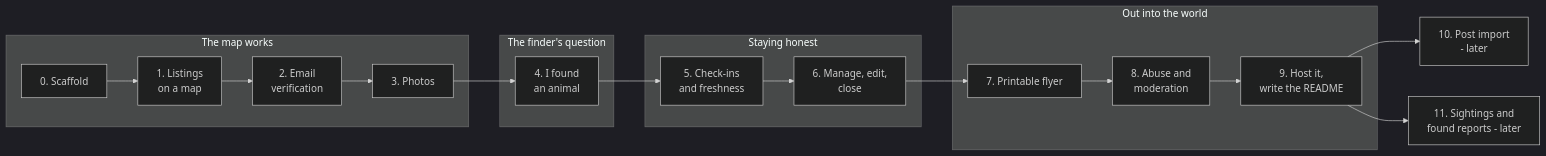
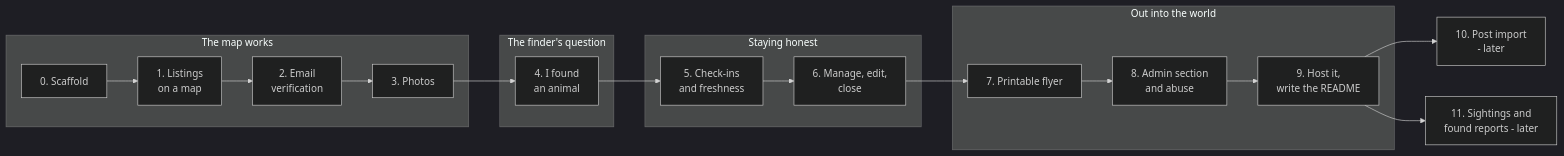
Before and after one commit to MoAbboud/PortFolio: the diagram in roamer/requirements/00-plan.md, drawn with Mermaid (dark theme). The commit also changed other lines of this file and 6 other files, not shown here.

````diff
--- a/roamer/requirements/00-plan.md
+++ b/roamer/requirements/00-plan.md
@@ -25,22 +35,22 @@
 ```mermaid
 flowchart LR
     subgraph A[The map works]
         S0[0. Scaffold] --> S1[1. Listings<br/>on a map]
         S1 --> S2[2. Email<br/>verification]
         S2 --> S3[3. Photos]
     end
     subgraph B[The finder's question]
         S4[4. I found<br/>an animal]
     end
     subgraph C[Staying honest]
         S5[5. Check-ins<br/>and freshness] --> S6[6. Manage, edit,<br/>close]
     end
     subgraph D[Out into the world]
-        S7[7. Printable flyer] --> S8[8. Abuse and<br/>moderation]
+        S7[7. Printable flyer] --> S8[8. Admin section<br/>and abuse]
         S8 --> S9[9. Host it,<br/>write the README]
     end
     S3 --> S4 --> S5
     S6 --> S7
     S9 --> S10[10. Post import<br/>- later]
     S9 --> S11[11. Sightings and<br/>found reports - later]
 ```
````
